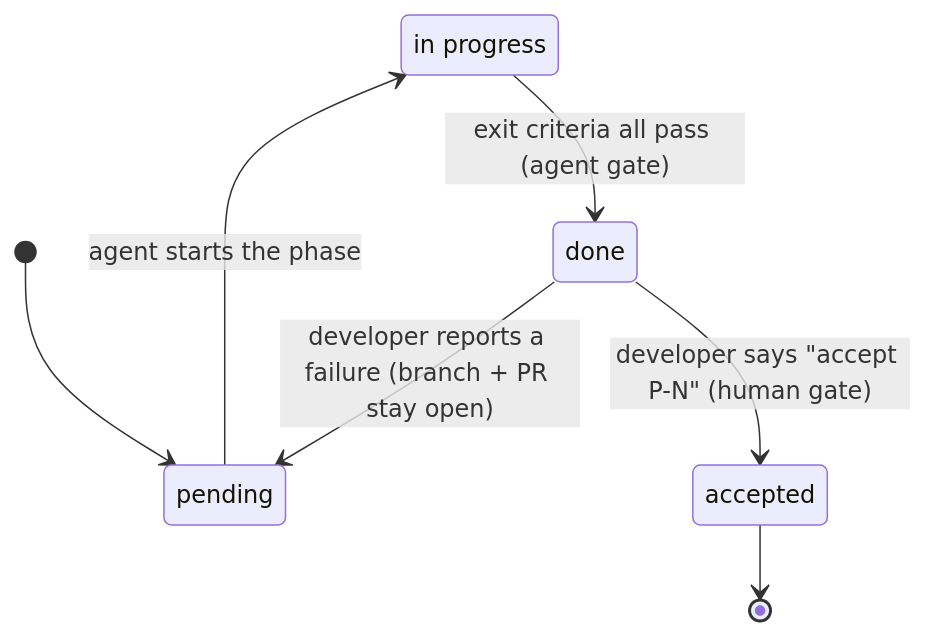
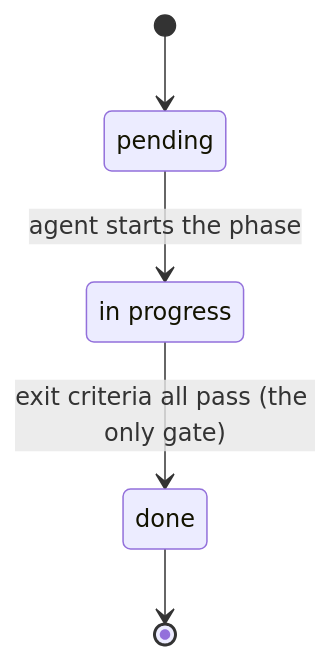
One commit to Mabeesha/AppModernizationHarness changed the diagram in docs/REQUIREMENTS.md. Above: the diagram before and after it, drawn with Mermaid. The commit also changed other lines of this file and 11 other files, not shown here.

````diff
--- a/docs/REQUIREMENTS.md
+++ b/docs/REQUIREMENTS.md
@@ -157,10 +173,8 @@
 ```mermaid
 stateDiagram-v2
     state "in progress" as in_progress
     [*] --> pending
     pending --> in_progress : agent starts the phase
-    in_progress --> done : exit criteria all pass (agent gate)
-    done --> accepted : developer says "accept P-N" (human gate)
-    done --> pending : developer reports a failure (branch + PR stay open)
-    accepted --> [*]
+    in_progress --> done : exit criteria all pass (the only gate)
+    done --> [*]
 ```
````
